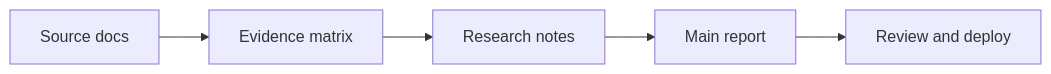
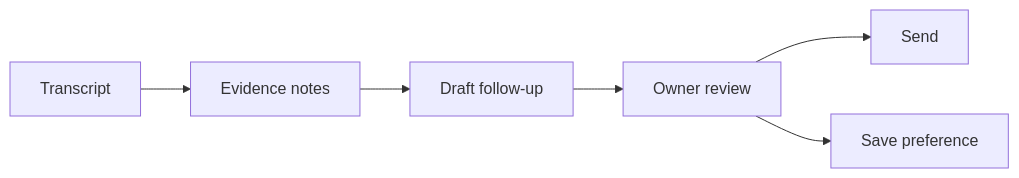
Before and after one commit to PageLines/pl-report-kit: the second of 2 diagrams in index.md, drawn with Mermaid. The commit also changed other lines of this file and 3 other files, not shown here.

````diff
--- a/index.md
+++ b/index.md
@@ -77,7 +50,8 @@
 ```mermaid
 flowchart LR
-  A[Source docs] --> B[Evidence matrix]
-  B --> C[Research notes]
-  C --> D[Main report]
-  D --> E[Review and deploy]
+  A[Transcript] --> B[Evidence notes]
+  B --> C[Draft follow-up]
+  C --> D[Owner review]
+  D --> E[Send]
+  D --> F[Save preference]
 ```
````
